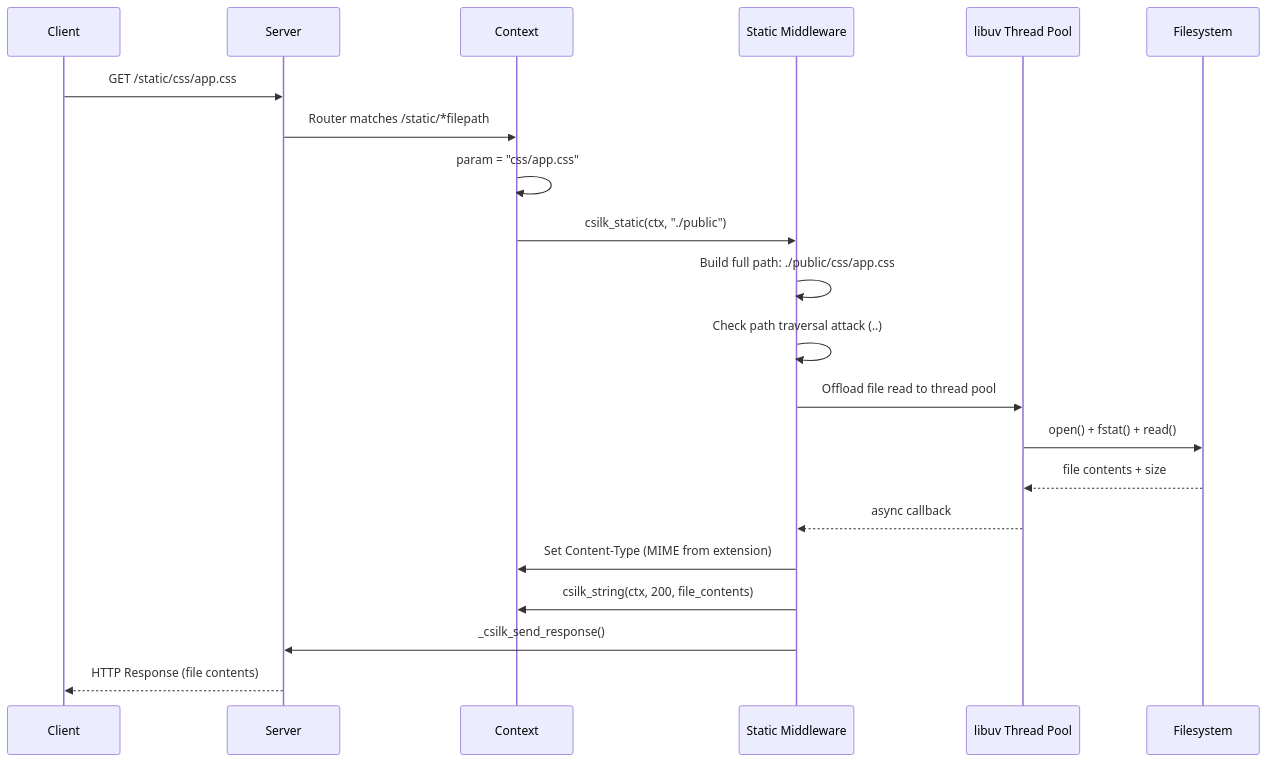
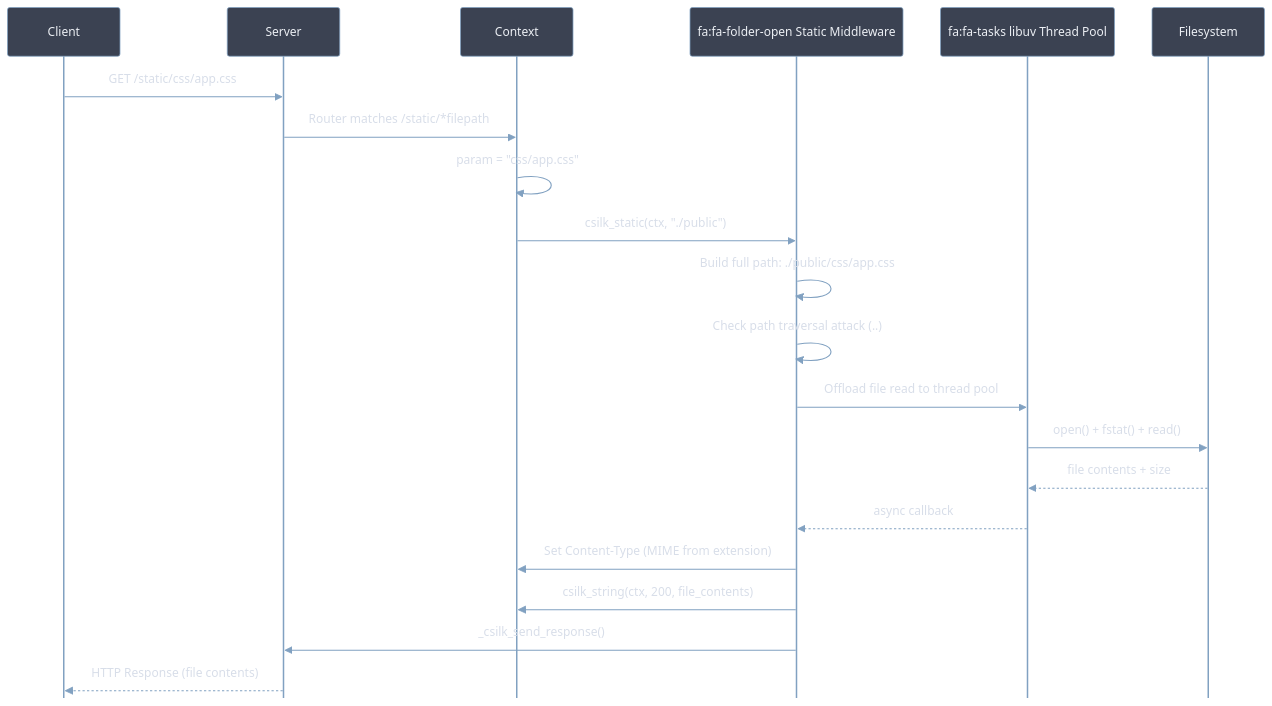
One commit to quintin-lee/csilk changed the seventh of 8 diagrams in docs/user-manual/advanced-usage.md. Above: the diagram before and after it, drawn with Mermaid. The commit also changed other lines of this file and 30 other files, not shown here.

Commit message:
docs(docs): 📝 apply Nord Mermaid theme, RFC 2119 keywords, and quantified metrics to all docs

````diff
--- a/docs/user-manual/advanced-usage.md
+++ b/docs/user-manual/advanced-usage.md
@@ -200,27 +208,28 @@
 ```mermaid
+%%{init: {'theme': 'base', 'themeVariables': {'background': '#2E3440','primaryColor':'#81A1C1','primaryBorderColor':'#4C566A','primaryTextColor':'#ECEFF4','secondaryColor':'#3B4252','secondaryBorderColor':'#434C5E','secondaryTextColor':'#D8DEE9','lineColor':'#81A1C1','textColor':'#ECEFF4','mainBkg':'#3B4252','nodeBorder':'#4C566A','clusterBkg':'#2E3440','clusterBorder':'#4C566A','titleColor':'#ECEFF4','edgeLabelBackground':'#3B4252','nodeTextColor':'#ECEFF4','actorBorder':'#81A1C1','actorBkg':'#3B4252','actorTextColor':'#ECEFF4','signalColor':'#81A1C1','signalTextColor':'#D8DEE9','noteBkgColor':'#434C5E','noteTextColor':'#D8DEE9','loopTextColor':'#81A1C1','sequenceNumberColor':'#ECEFF4'}, 'sequence': {'actorFontSize': 14, 'noteFontSize': 12, 'messageFontSize': 12, 'mirrorActors': false}}}%%
 sequenceDiagram
     participant Client
     participant Server
     participant Context
-    participant SMW as Static Middleware
-    participant TP as libuv Thread Pool
+    participant SMW as fa:fa-folder-open Static Middleware
+    participant TP as fa:fa-tasks libuv Thread Pool
     participant FS as Filesystem
 
     Client->>Server: GET /static/css/app.css
 
     Server->>Context: Router matches /static/*filepath
     Context->>Context: param = "css/app.css"
     Context->>SMW: csilk_static(ctx, "./public")
     SMW->>SMW: Build full path: ./public/css/app.css
     SMW->>SMW: Check path traversal attack (..)
 
     SMW->>TP: Offload file read to thread pool
     TP->>FS: open() + fstat() + read()
     FS-->>TP: file contents + size
     TP-->>SMW: async callback
 
     SMW->>Context: Set Content-Type (MIME from extension)
     SMW->>Context: csilk_string(ctx, 200, file_contents)
     SMW->>Server: _csilk_send_response()
     Server-->>Client: HTTP Response (file contents)
 ```
````
